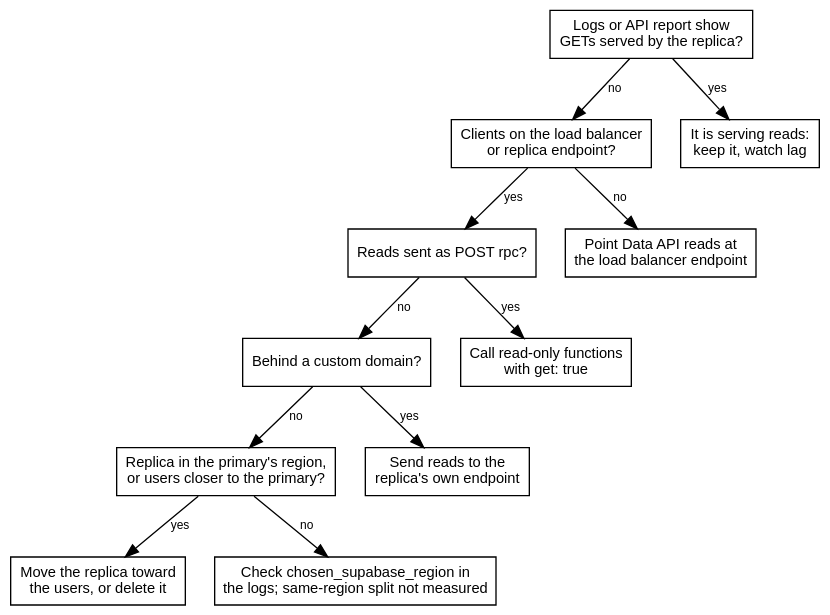
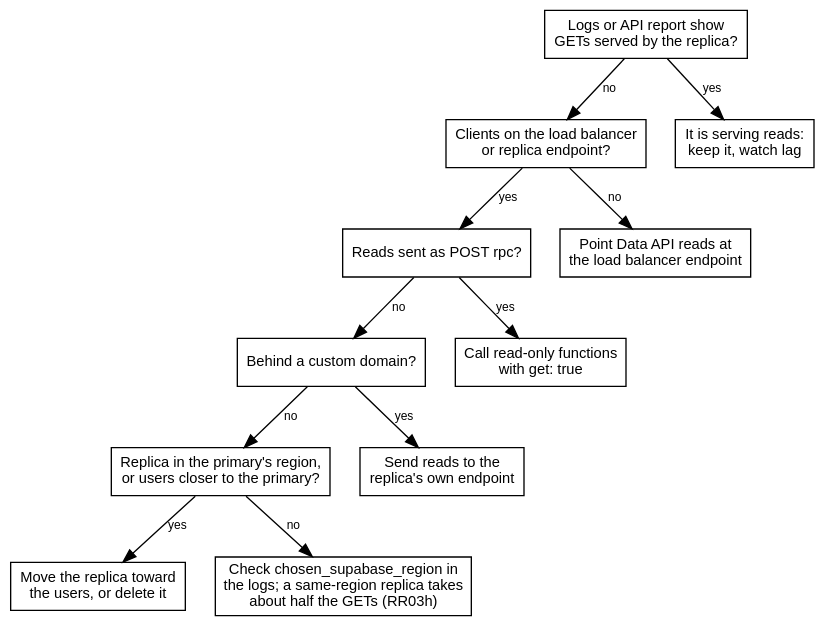
One commit to erfianugrah/lexicanum changed the first of 2 diagrams in src/content/docs/reference/supabase-read-replicas.mdx. Above: the diagram before and after it, drawn with Graphviz. The commit also changed other lines of this file and 6 other files, not shown here.

````diff
--- a/src/content/docs/reference/supabase-read-replicas.mdx
+++ b/src/content/docs/reference/supabase-read-replicas.mdx
@@ -39,31 +43,31 @@
 ```dot
 digraph {
   rankdir=TB; bgcolor="transparent"; nodesep=0.3; ranksep=0.5;
   fontname="Helvetica,Arial,sans-serif";
   node [fontname="Helvetica,Arial,sans-serif", fontsize=11, shape=box];
   edge [fontname="Helvetica,Arial,sans-serif", fontsize=9];
 
   q1 [label="Logs or API report show\nGETs served by the replica?"];
   q2 [label="Clients on the load balancer\nor replica endpoint?"];
   q3 [label="Reads sent as POST rpc?"];
   q4 [label="Behind a custom domain?"];
   q5 [label="Replica in the primary's region,\nor users closer to the primary?"];
   ok [label="It is serving reads:\nkeep it, watch lag"];
   a2 [label="Point Data API reads at\nthe load balancer endpoint"];
   a3 [label="Call read-only functions\nwith get: true"];
   a4 [label="Send reads to the\nreplica's own endpoint"];
   a5 [label="Move the replica toward\nthe users, or delete it"];
-  a6 [label="Check chosen_supabase_region in\nthe logs; same-region split not measured"];
+  a6 [label="Check chosen_supabase_region in\nthe logs; a same-region replica takes\nabout half the GETs (RR03h)"];
 
   q1 -> ok [label="yes"];
   q1 -> q2 [label="no"];
   q2 -> a2 [label="no"];
   q2 -> q3 [label="yes"];
   q3 -> a3 [label="yes"];
   q3 -> q4 [label="no"];
   q4 -> a4 [label="yes"];
   q4 -> q5 [label="no"];
   q5 -> a5 [label="yes"];
   q5 -> a6 [label="no"];
 }
 ```
````
